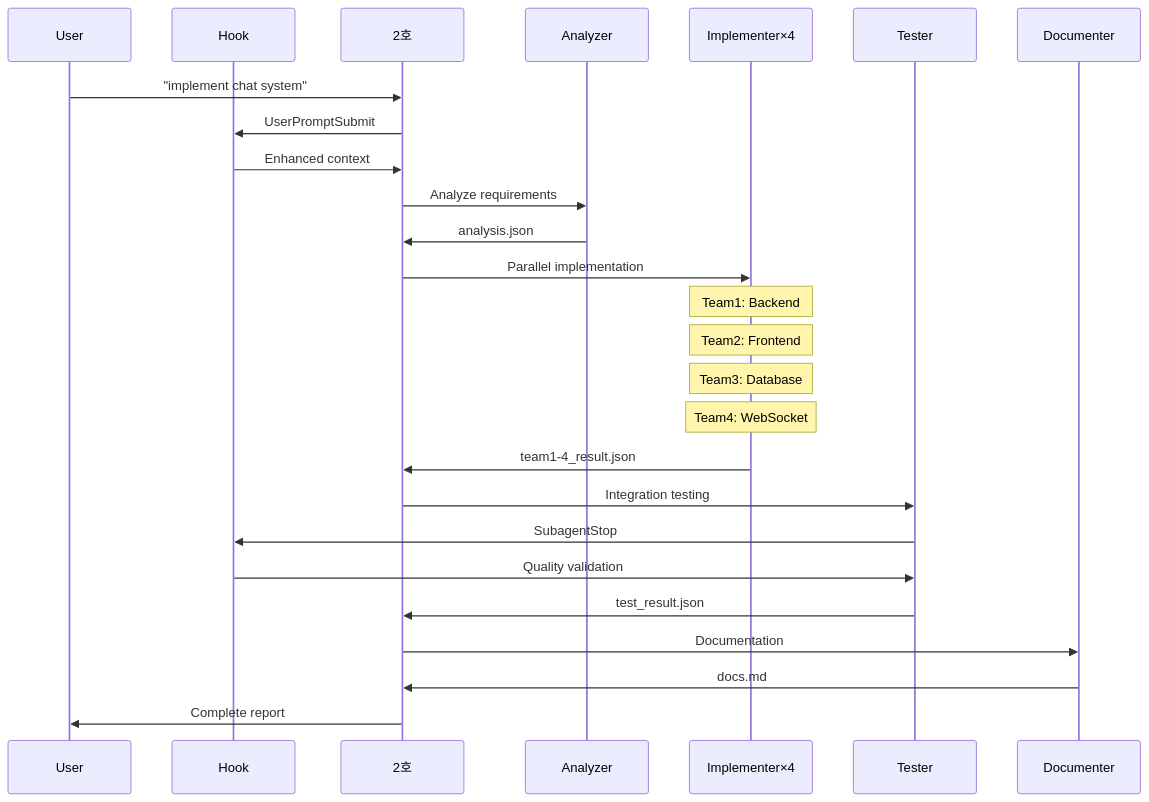
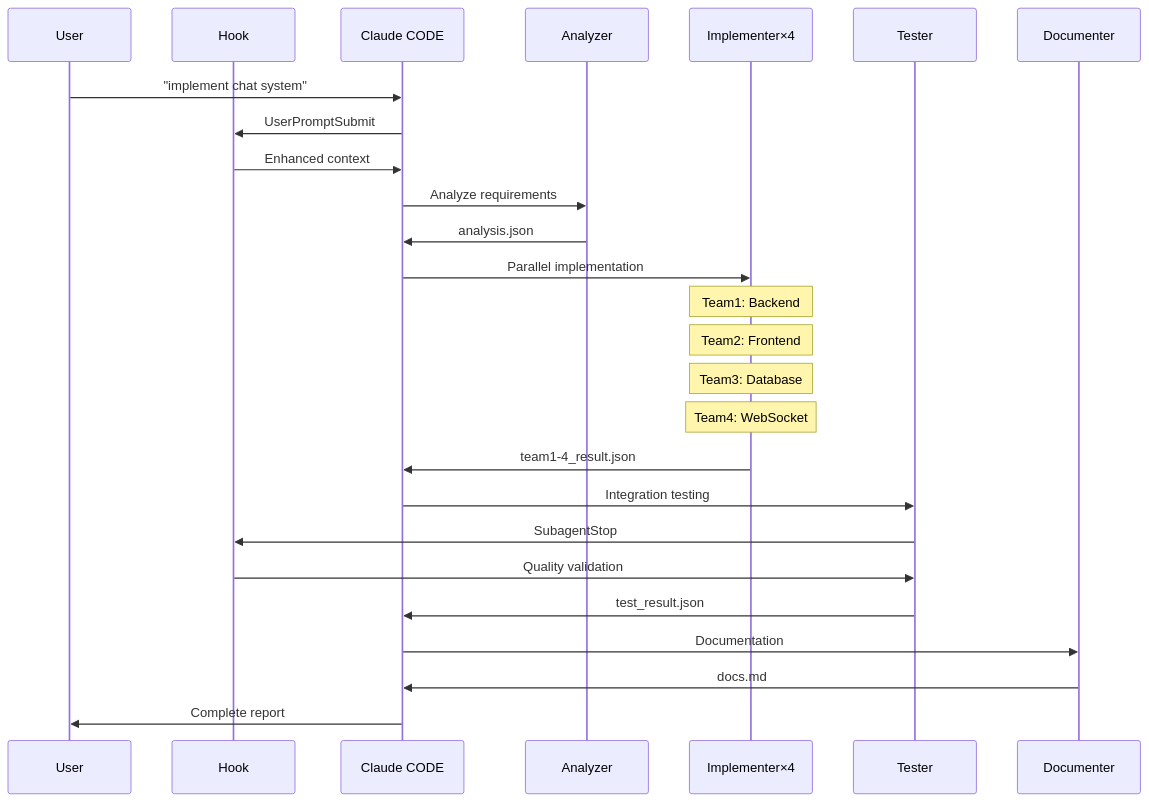
One commit to Jaesun23/spark-claude changed the third of 3 diagrams in docs/SPARK_ORCHESTRATION_ARCHITECTURE.md. Above: the diagram before and after it, drawn with Mermaid. The commit also changed other lines of this file and 6 other files, not shown here.

````diff
--- a/docs/SPARK_ORCHESTRATION_ARCHITECTURE.md
+++ b/docs/SPARK_ORCHESTRATION_ARCHITECTURE.md
@@ -256,35 +256,35 @@
 ```mermaid
 sequenceDiagram
     participant U as User
     participant H as Hook
-    participant O as 2호
+    participant O as Claude CODE
     participant A as Analyzer
     participant I as Implementer×4
     participant T as Tester
     participant D as Documenter
     
     U->>O: "implement chat system"
     O->>H: UserPromptSubmit
     H->>O: Enhanced context
     
     O->>A: Analyze requirements
     A->>O: analysis.json
     
     O->>I: Parallel implementation
     Note over I: Team1: Backend
     Note over I: Team2: Frontend  
     Note over I: Team3: Database
     Note over I: Team4: WebSocket
     
     I->>O: team1-4_result.json
     
     O->>T: Integration testing
     T->>H: SubagentStop
     H->>T: Quality validation
     T->>O: test_result.json
     
     O->>D: Documentation
     D->>O: docs.md
     
     O->>U: Complete report
 ```
````
